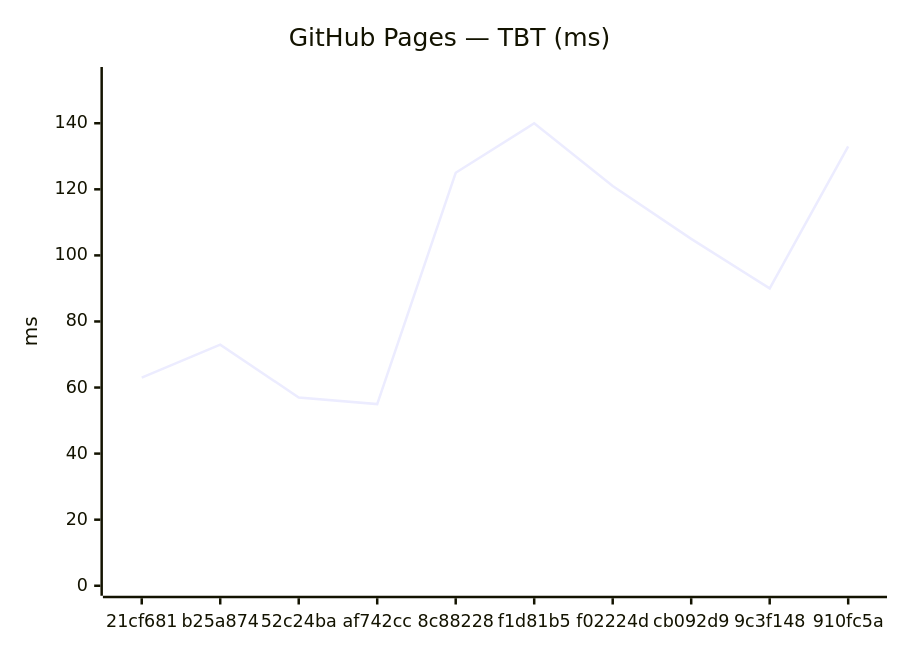
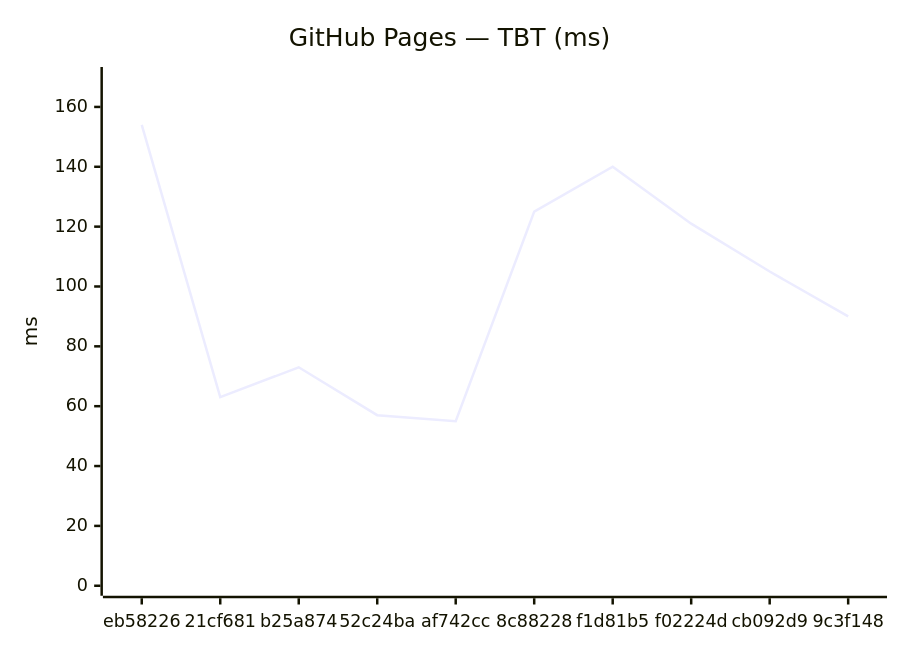
Before and after one commit to Metaheurist/Rianell: the fourth of 18 diagrams in benchmarks/compare.md, drawn with Mermaid. The commit also changed other lines of this file and 11 other files, not shown here.

````diff
--- a/benchmarks/compare.md
+++ b/benchmarks/compare.md
@@ -61,7 +61,7 @@
 ```mermaid
 xychart-beta
     title "GitHub Pages — TBT (ms)"
-    x-axis ["21cf681", "b25a874", "52c24ba", "af742cc", "8c88228", "f1d81b5", "f02224d", "cb092d9", "9c3f148", "910fc5a"]
-    y-axis "ms" 0 --> 154
-    line [63, 73, 57, 55, 125, 140, 121, 105, 90, 133]
+    x-axis ["eb58226", "21cf681", "b25a874", "52c24ba", "af742cc", "8c88228", "f1d81b5", "f02224d", "cb092d9", "9c3f148"]
+    y-axis "ms" 0 --> 170
+    line [154, 63, 73, 57, 55, 125, 140, 121, 105, 90]
 ```
````
